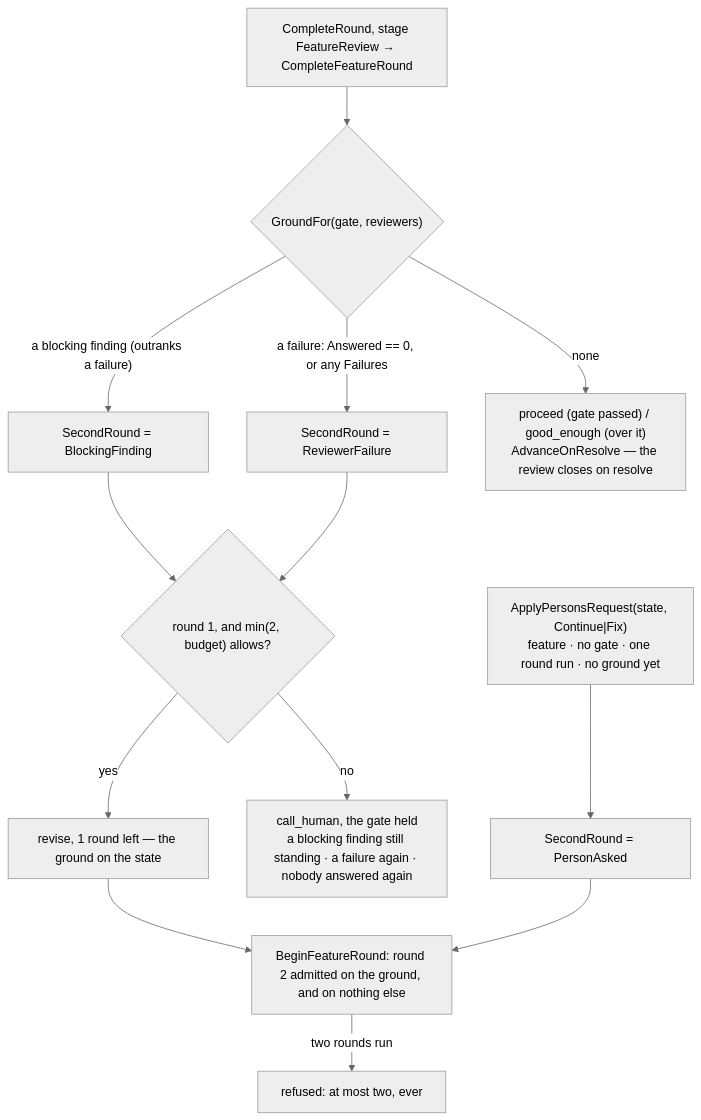
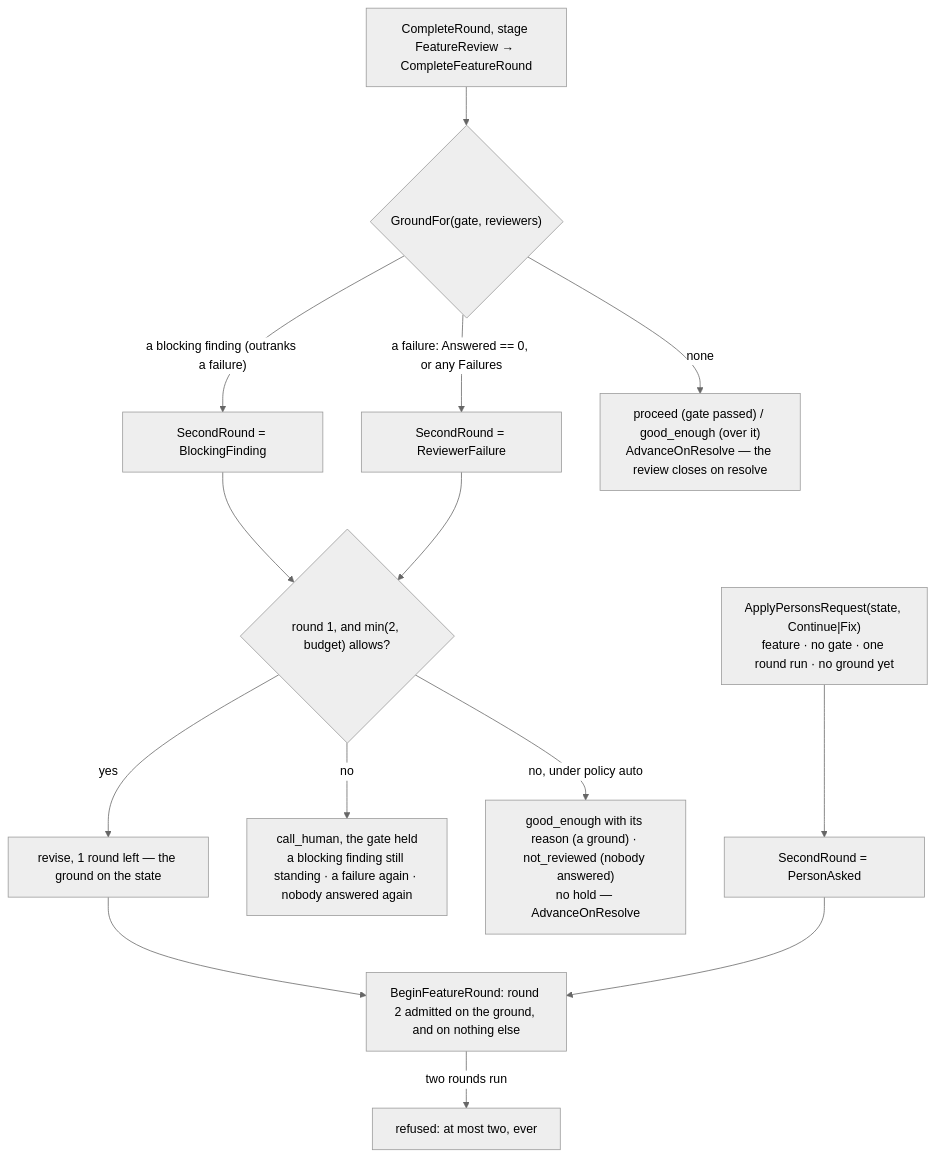
One commit to oleksandrdubyna88/dew_flow_connect_other_ais changed the fourth of 7 diagrams in research/module_core.md. Above: the diagram before and after it, drawn with Mermaid (neutral theme). The commit also changed other lines of this file and 2 other files, not shown here.

Commit message:
docs(research): policy auto in the server's documents — the five policies, the release of an older hold, ask_human never waiting, the tests

````diff
--- a/research/module_core.md
+++ b/research/module_core.md
@@ -437,15 +437,16 @@
 ```mermaid
 flowchart TD
   r1["CompleteRound, stage FeatureReview → CompleteFeatureRound"] --> ground{"GroundFor(gate, reviewers)"}
   ground -- "a blocking finding (outranks a failure)" --> blocking["SecondRound = BlockingFinding"]
   ground -- "a failure: Answered == 0, or any Failures" --> failure["SecondRound = ReviewerFailure"]
   ground -- "none" --> close["proceed (gate passed) / good_enough (over it)<br/>AdvanceOnResolve — the review closes on resolve"]
   blocking --> which{"round 1, and min(2, budget) allows?"}
   failure --> which
   which -- yes --> revise["revise, 1 round left — the ground on the state"]
   which -- no --> human["call_human, the gate held<br/>a blocking finding still standing · a failure again · nobody answered again"]
+  which -- "no, under policy auto" --> auto["good_enough with its reason (a ground) · not_reviewed (nobody answered)<br/>no hold — AdvanceOnResolve"]
   person["ApplyPersonsRequest(state, Continue|Fix)<br/>feature · no gate · one round run · no ground yet"] --> asked["SecondRound = PersonAsked"]
   revise --> begin["BeginFeatureRound: round 2 admitted on the ground, and on nothing else"]
   asked --> begin
   begin -- "two rounds run" --> third["refused: at most two, ever"]
 ```
````
